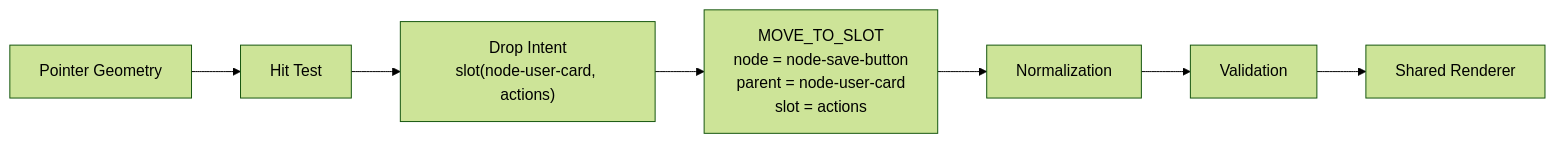
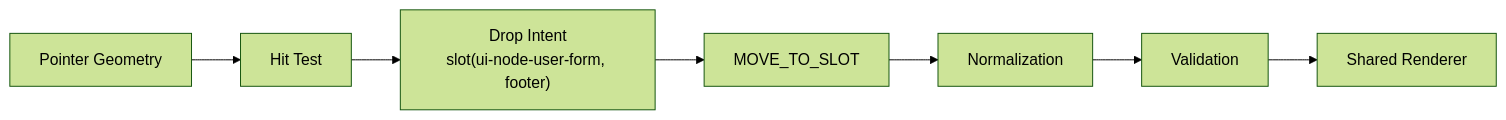
The third of 6 diagrams in docs/architecture/10-examples-roadmap-and-decisions.md (northwest-hcu/FlagShip), drawn with Mermaid (forest theme) before and after one commit. The commit also changed other lines of this file and 11 other files, not shown here.

Commit message:
docs: align architecture with component ownership model

````diff
--- a/docs/architecture/10-examples-roadmap-and-decisions.md
+++ b/docs/architecture/10-examples-roadmap-and-decisions.md
@@ -88,9 +116,9 @@
 ```mermaid
 flowchart LR
     Pointer["Pointer Geometry"] --> HitTest["Hit Test"]
-    HitTest --> Intent["Drop Intent<br/>slot(node-user-card, actions)"]
-    Intent --> Command["MOVE_TO_SLOT<br/>node = node-save-button<br/>parent = node-user-card<br/>slot = actions"]
+    HitTest --> Intent["Drop Intent<br/>slot(ui-node-user-form, footer)"]
+    Intent --> Command["MOVE_TO_SLOT"]
     Command --> Normalize["Normalization"]
     Normalize --> Validate["Validation"]
     Validate --> Renderer["Shared Renderer"]
 ```
````
